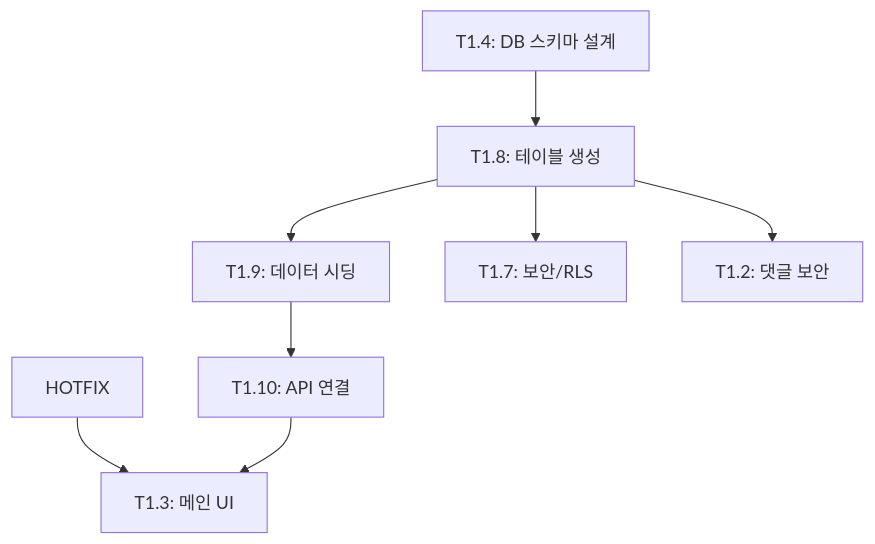
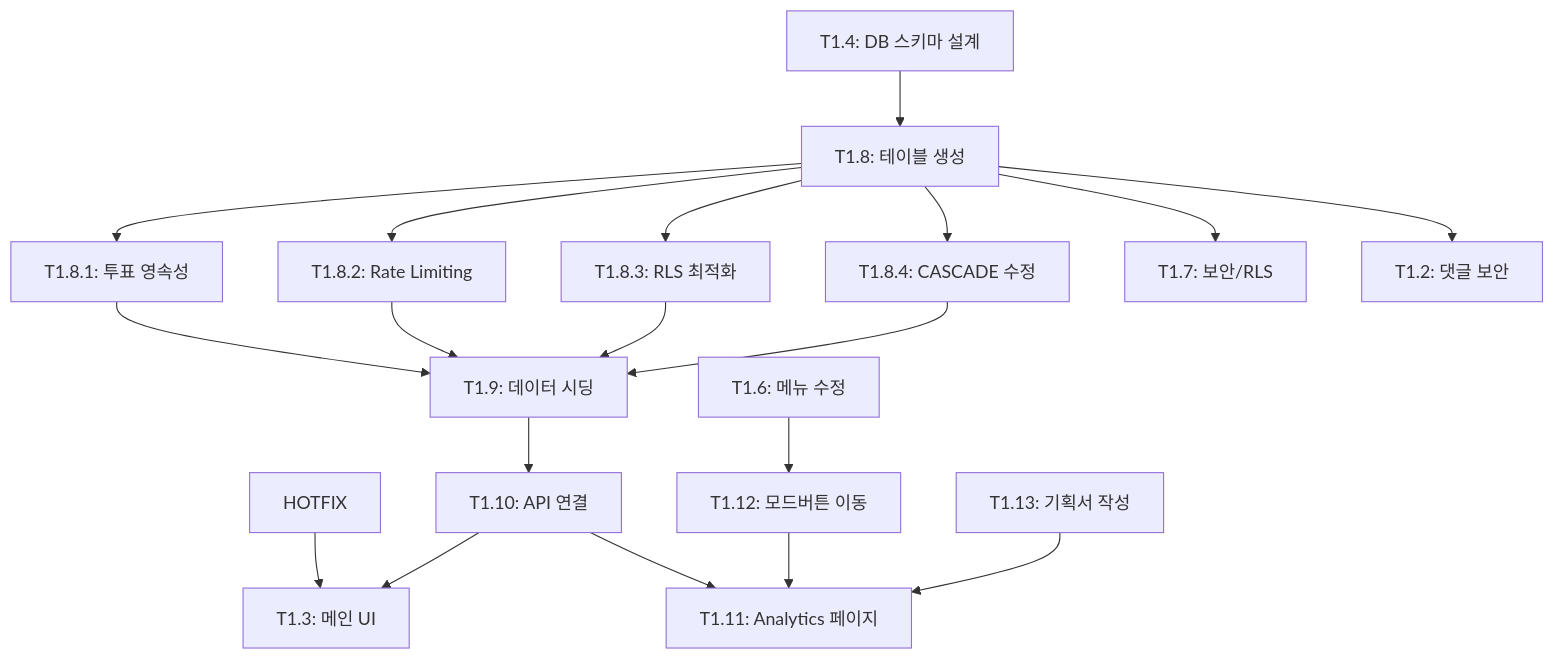
Before and after one commit to plozen/plolux: the diagram in .claude/planning/tasks.md, drawn with Mermaid. The commit also changed other lines of this file and 25 other files, not shown here.

````diff
--- a/.claude/planning/tasks.md
+++ b/.claude/planning/tasks.md
@@ -289,10 +511,21 @@
 ```mermaid
 graph TD
     HOTFIX --> T1.3[T1.3: 메인 UI]
     T1.4[T1.4: DB 스키마 설계] --> T1.8[T1.8: 테이블 생성]
-    T1.8 --> T1.9[T1.9: 데이터 시딩]
+    T1.8 --> T1.8.1[T1.8.1: 투표 영속성]
+    T1.8 --> T1.8.2[T1.8.2: Rate Limiting]
+    T1.8 --> T1.8.3[T1.8.3: RLS 최적화]
+    T1.8 --> T1.8.4[T1.8.4: CASCADE 수정]
+    T1.8.1 --> T1.9[T1.9: 데이터 시딩]
+    T1.8.2 --> T1.9
+    T1.8.3 --> T1.9
+    T1.8.4 --> T1.9
     T1.9 --> T1.10[T1.10: API 연결]
     T1.10 --> T1.3
     T1.8 --> T1.7[T1.7: 보안/RLS]
     T1.8 --> T1.2[T1.2: 댓글 보안]
+    T1.6[T1.6: 메뉴 수정] --> T1.12[T1.12: 모드버튼 이동]
+    T1.12 --> T1.11
+    T1.13[T1.13: 기획서 작성] --> T1.11[T1.11: Analytics 페이지]
+    T1.10 --> T1.11
 ```
````
